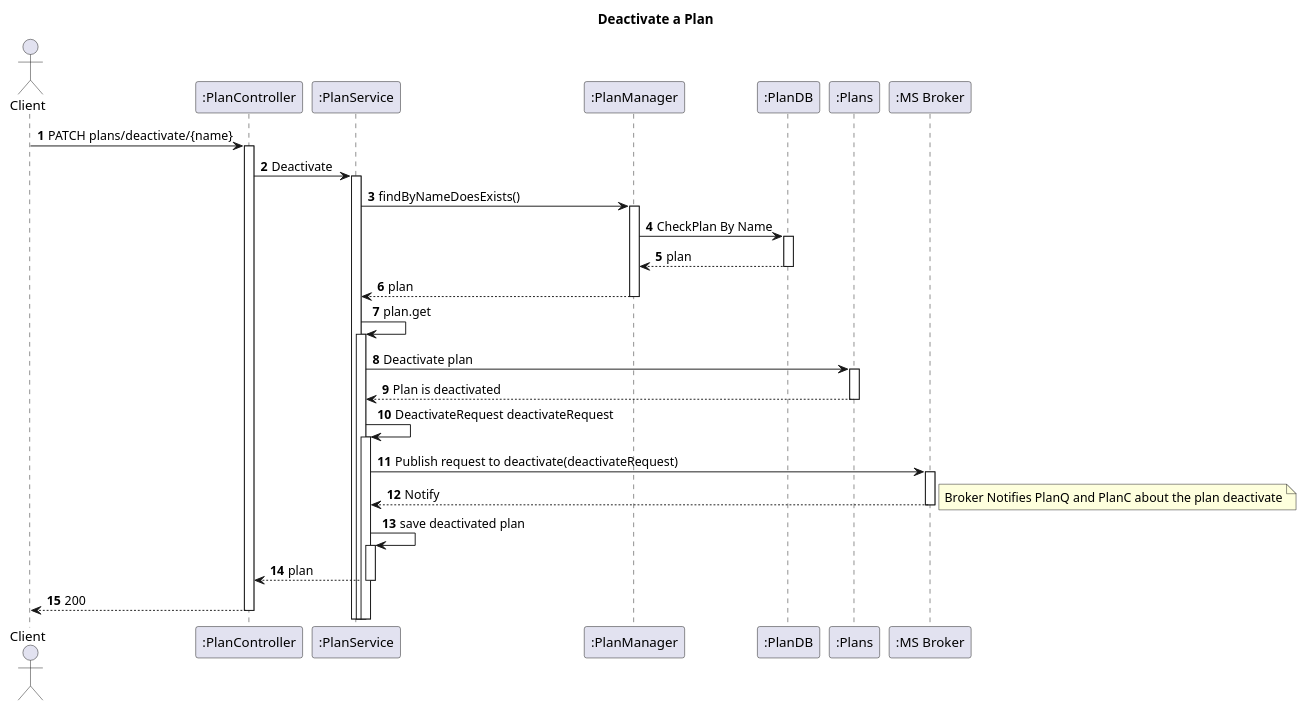
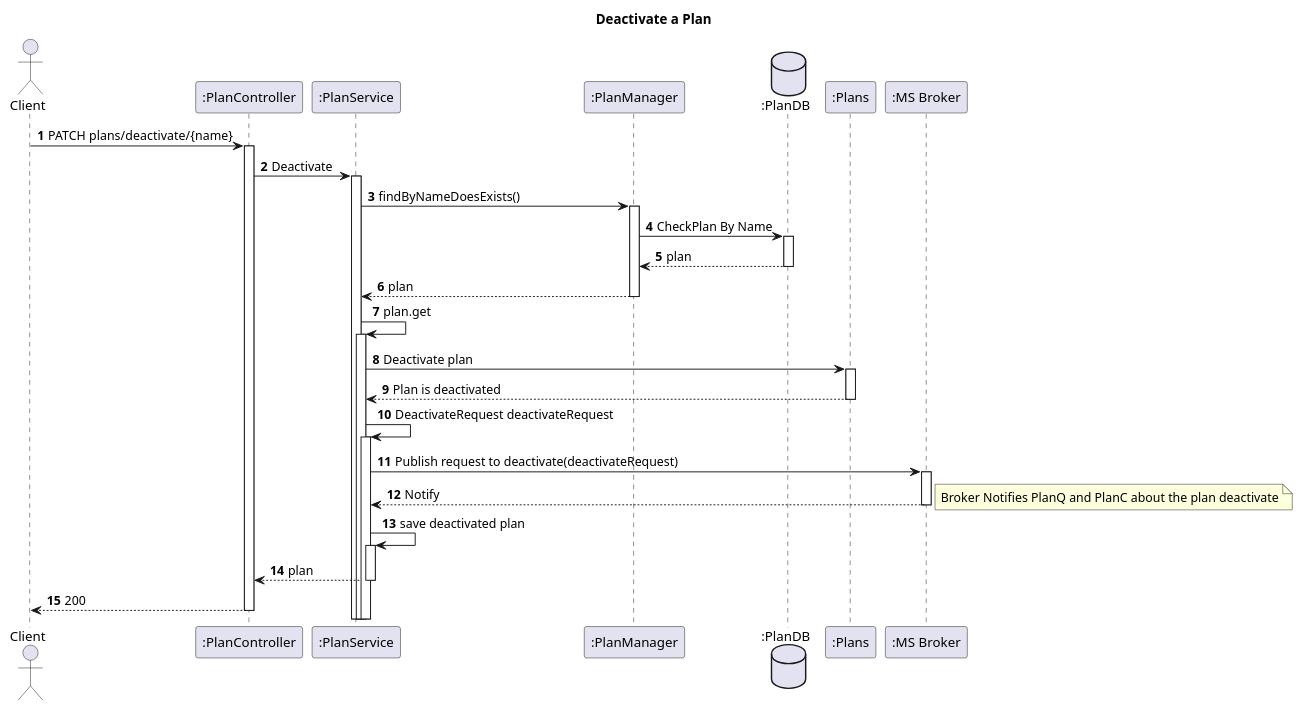
Before and after one commit to IsepMartimOliveira/SIDIS: the diagram in docs_sidis/Segunda_Avalição/Plans/Vista_Logica/N3/UserPlanInteractionDeactivate.puml, drawn with PlantUML. The commit also changed 7 other files, not shown here.

```diff
--- a/docs_sidis/Segunda_Avalição/Plans/Vista_Logica/N3/UserPlanInteractionDeactivate.puml
+++ b/docs_sidis/Segunda_Avalição/Plans/Vista_Logica/N3/UserPlanInteractionDeactivate.puml
@@ -1,49 +1,49 @@
 @startuml
 'https://plantuml.com/sequence-diagram
 autoactivate on
 autonumber
 title  Deactivate a Plan
 
 autonumber
 actor "Client" as Ac
 participant ":PlanController" as PlanController
 participant ":PlanService" as PService
 participant ":PlanManager" as PManager
-participant ":PlanDB" as PDB
+database ":PlanDB" as PDB
 participant ":Plans" as Plan
 participant ":MS Broker" as Broker
 
 
 
 
 
 
 
 Ac->PlanController:PATCH plans/deactivate/{name}
 PlanController->PService:Deactivate
 
 PService->PManager:findByNameDoesExists()
 PManager->PDB:CheckPlan By Name
 PDB-->PManager:plan
 PManager-->PService:plan
 PService->PService:plan.get
 PService->Plan:Deactivate plan
 Plan-->PService:Plan is deactivated
 PService->PService:DeactivateRequest deactivateRequest
 PService->Broker:Publish request to deactivate(deactivateRequest)
 Broker-->PService:Notify
 note right
 Broker Notifies PlanQ and PlanC about the plan deactivate
 end note
 PService->PService:save deactivated plan
 
 PService-->PlanController:plan
 PlanController-->Ac:200
 
 
 
 
 
 
 
 @enduml
```
